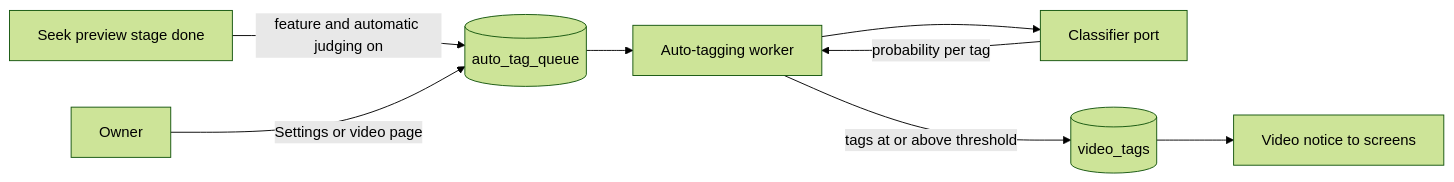
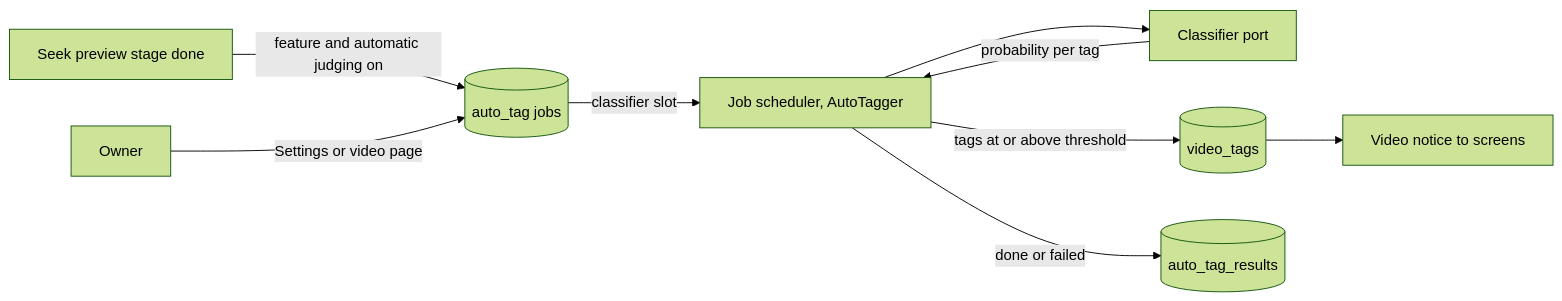
One commit to syudead/vv changed the first of 3 diagrams in docs/design-docs/auto-tagging.md. Above: the diagram before and after it, drawn with Mermaid (forest theme). The commit also changed other lines of this file and 28 other files, not shown here.

````diff
--- a/docs/design-docs/auto-tagging.md
+++ b/docs/design-docs/auto-tagging.md
@@ -14,10 +16,11 @@
 ```mermaid
 flowchart LR
-  seek[Seek preview stage done] -->|feature and automatic judging on| queue[(auto_tag_queue)]
+  seek[Seek preview stage done] -->|feature and automatic judging on| queue[(auto_tag jobs)]
   owner[Owner] -->|Settings or video page| queue
-  queue --> worker[Auto-tagging worker]
+  queue -->|classifier slot| worker[Job scheduler, AutoTagger]
   worker --> port[Classifier port]
   port -->|probability per tag| worker
   worker -->|tags at or above threshold| tags[(video_tags)]
+  worker -->|done or failed| results[(auto_tag_results)]
   tags --> screen[Video notice to screens]
 ```
````
